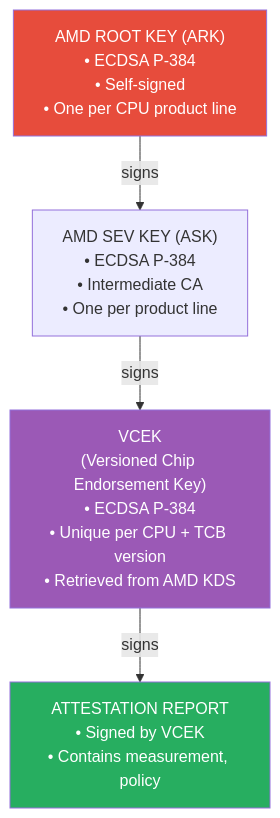
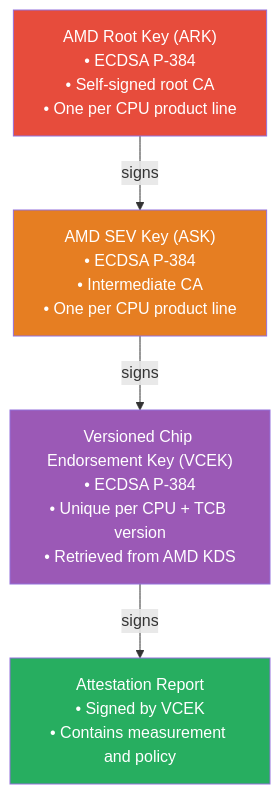
One commit to V-k-h/roots-of-trust changed the second of 12 diagrams in posts/04-cross-platform-attestation.md. Above: the diagram before and after it, drawn with Mermaid. The commit also changed other lines of this file, not shown here.

First line of the commit message:
Improve clarity and formatting in cross-platform attestation post

````diff
--- a/posts/04-cross-platform-attestation.md
+++ b/posts/04-cross-platform-attestation.md
@@ -63,18 +70,20 @@
 ```mermaid
 flowchart TD
-    ARK["AMD ROOT KEY (ARK)\n• ECDSA P-384\n• Self-signed\n• One per CPU product line"]
+    ARK["AMD Root Key (ARK)<br>• ECDSA P-384<br>• Self-signed root CA<br>• One per CPU product line"]
     
-    ASK["AMD SEV KEY (ASK)\n• ECDSA P-384\n• Intermediate CA\n• One per product line"]
+    ASK["AMD SEV Key (ASK)<br>• ECDSA P-384<br>• Intermediate CA<br>• One per CPU product line"]
     
-    VCEK["VCEK\n(Versioned Chip Endorsement Key)\n• ECDSA P-384\n• Unique per CPU + TCB version\n• Retrieved from AMD KDS"]
+    VCEK["Versioned Chip Endorsement Key (VCEK)<br>• ECDSA P-384<br>• Unique per CPU + TCB version<br>• Retrieved from AMD KDS"]
     
-    Report["ATTESTATION REPORT\n• Signed by VCEK\n• Contains measurement, policy"]
+    Report["Attestation Report<br>• Signed by VCEK<br>• Contains measurement and policy"]
     
     ARK -->|signs| ASK
     ASK -->|signs| VCEK
     VCEK -->|signs| Report
     
     style ARK fill:#e74c3c,color:#fff
+    style ASK fill:#e67e22,color:#fff
     style VCEK fill:#9b59b6,color:#fff
     style Report fill:#27ae60,color:#fff
+
 ```
````
